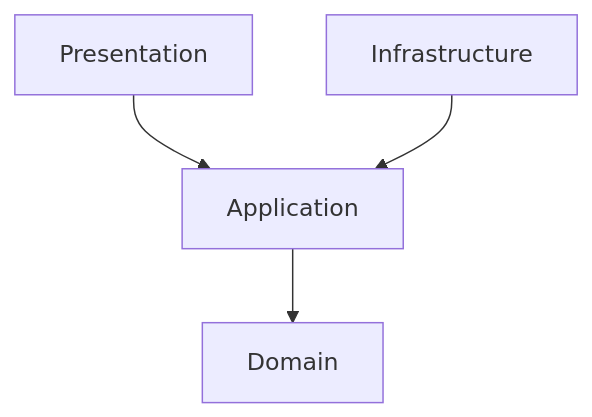
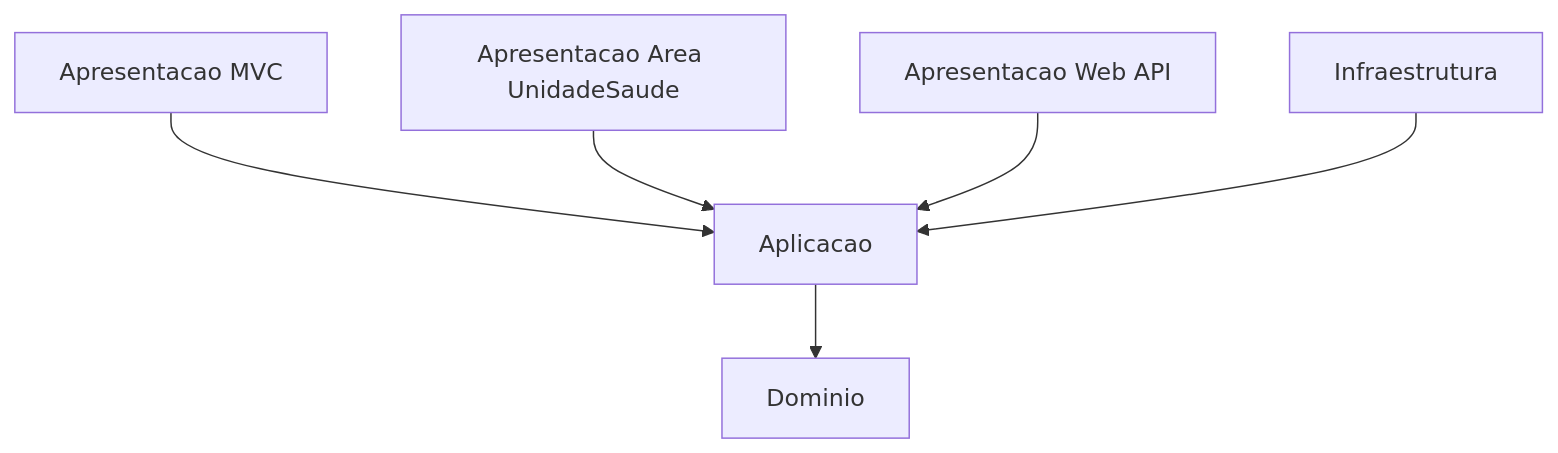
Before and after one commit to challengeoracle/sprint-1-dotnet: the diagram in README.md, drawn with Mermaid. The commit also changed other lines of this file, not shown here.

`````diff
--- a/README.md
+++ b/README.md
@@ -59,7 +100,8 @@
-``` mermaid
+```mermaid
 graph TD
-    A[Presentation] --> B[Application]
-    D[Infrastructure] --> B
-    B --> C[Domain]
-
-```
+    A[Apresentacao MVC] --> B[Aplicacao]
+    AA[Apresentacao Area UnidadeSaude] --> B
+    E[Apresentacao Web API] --> B
+    D[Infraestrutura] --> B
+    B --> C[Dominio]
+````
`````
